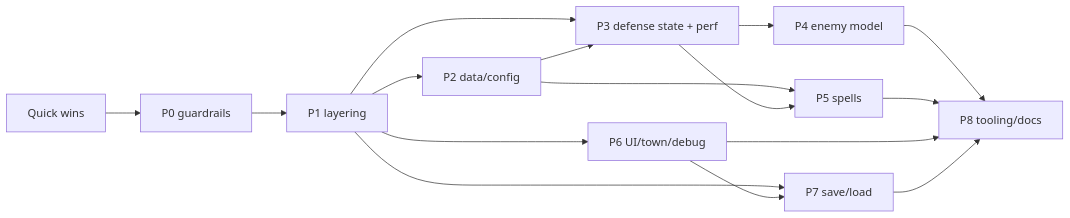
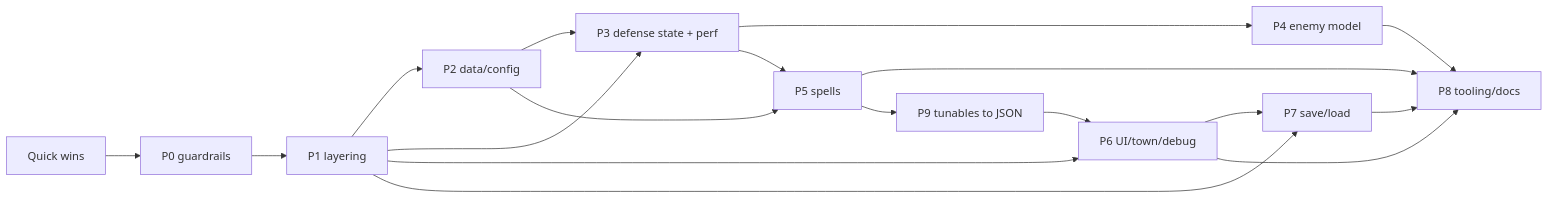
The diagram in docs/REFACTOR_PLAN.md (fred1878/DefenseGame), drawn with Mermaid before and after one commit. The commit also changed other lines of this file, not shown here.

Commit message:
docs(refactor-plan): execution log for phases 3-5; add Phase 9 (all tunable values in JSON)

````diff
--- a/docs/REFACTOR_PLAN.md
+++ b/docs/REFACTOR_PLAN.md
@@ -482,18 +518,20 @@
 ```mermaid
 flowchart LR
   QW[Quick wins] --> P0
   P0[P0 guardrails] --> P1[P1 layering]
   P1 --> P2[P2 data/config]
   P1 --> P3[P3 defense state + perf]
   P2 --> P3
   P3 --> P4[P4 enemy model]
   P2 --> P5[P5 spells]
   P3 --> P5
   P1 --> P6[P6 UI/town/debug]
   P1 --> P7[P7 save/load]
   P6 --> P7
   P4 --> P8[P8 tooling/docs]
   P5 --> P8
   P6 --> P8
   P7 --> P8
+  P5 --> P9[P9 tunables to JSON]
+  P9 --> P6
 ```
````
